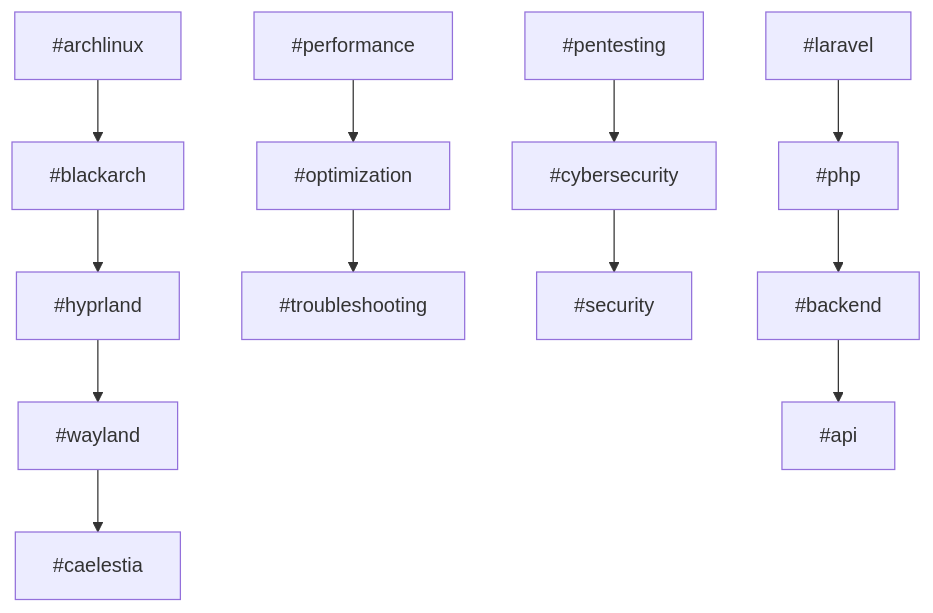
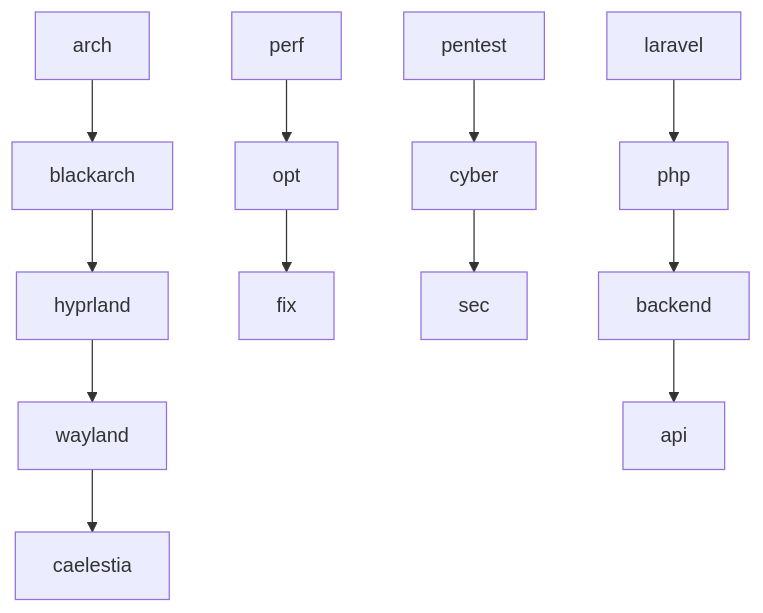
One commit to 444Nazky/My-Vault changed diagram 12 of 13 in Map of Content.md. Above: the diagram before and after it, drawn with Mermaid. The commit also changed other lines of this file and 8 other files, not shown here.

````diff
--- a/Map of Content.md
+++ b/Map of Content.md
@@ -308,17 +301,17 @@
 ```mermaid
 graph TD
-    A[#archlinux] --> B[#blackarch]
-    B --> C[#hyprland]
-    C --> D[#wayland]
-    D --> E[#caelestia]
+    A["arch"] --> B["blackarch"]
+    B --> C["hyprland"]
+    C --> D["wayland"]
+    D --> E["caelestia"]
     
-    F[#performance] --> G[#optimization]
-    G --> H[#troubleshooting]
+    F["perf"] --> G["opt"]
+    G --> H["fix"]
     
-    I[#pentesting] --> J[#cybersecurity]
-    J --> K[#security]
+    I["pentest"] --> J["cyber"]
+    J --> K["sec"]
     
-    L[#laravel] --> M[#php]
-    M --> N[#backend]
-    N --> O[#api]
+    L["laravel"] --> M["php"]
+    M --> N["backend"]
+    N --> O["api"]
 ```
````
